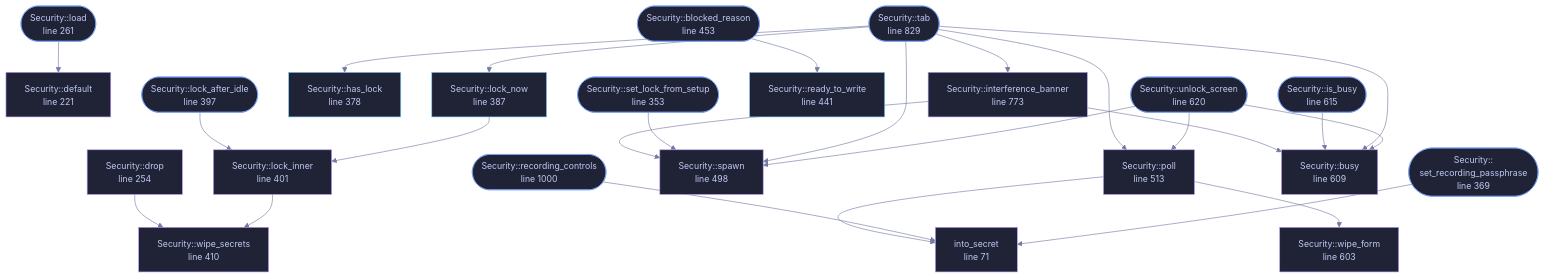
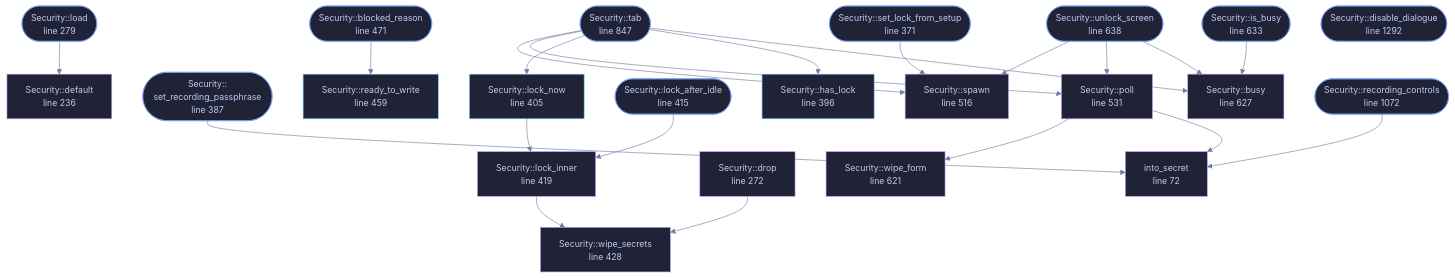
The diagram in wiki/File-veilvoice-gui-security.md (tilas01/veilvoice), drawn with Mermaid before and after one commit. The commit also changed other lines of this file and 98 other files, not shown here.

````diff
--- a/wiki/File-veilvoice-gui-security.md
+++ b/wiki/File-veilvoice-gui-security.md
@@ -127,77 +132,74 @@
 ```mermaid
 %%{init: {"theme":"base","themeVariables":{"background":"#1a1b26","primaryColor":"#1f2335","primaryTextColor":"#c0caf5","primaryBorderColor":"#7aa2f7","secondaryColor":"#16161e","tertiaryColor":"#16161e","lineColor":"#737aa2","textColor":"#c0caf5","mainBkg":"#1f2335","nodeBorder":"#7aa2f7","clusterBkg":"#16161e","clusterBorder":"#2f3549","fontFamily":"ui-monospace, SFMono-Regular, Consolas, monospace","fontSize":"14px"}}}%%
 flowchart TD
-    n_into_secret["into_secret<br/>line 71"]
-    n_default["Security::default<br/>line 221"]
-    n_drop["Security::drop<br/>line 254"]
-    n_load(["Security::load<br/>line 261"])
-    n_set_lock_from_setup(["Security::set_lock_from_setup<br/>line 353"])
-    n_set_recording_passphrase(["Security::<br/>set_recording_passphrase<br/>line 369"])
-    n_has_lock["Security::has_lock<br/>line 378"]
-    n_lock_now["Security::lock_now<br/>line 387"]
-    n_lock_after_idle(["Security::lock_after_idle<br/>line 397"])
-    n_lock_inner["Security::lock_inner<br/>line 401"]
-    n_wipe_secrets["Security::wipe_secrets<br/>line 410"]
-    n_ready_to_write["Security::ready_to_write<br/>line 441"]
-    n_blocked_reason(["Security::blocked_reason<br/>line 453"])
-    n_spawn["Security::spawn<br/>line 498"]
-    n_poll["Security::poll<br/>line 513"]
-    n_wipe_form["Security::wipe_form<br/>line 603"]
-    n_busy["Security::busy<br/>line 609"]
-    n_is_busy(["Security::is_busy<br/>line 615"])
-    n_unlock_screen(["Security::unlock_screen<br/>line 620"])
-    n_interference_banner["Security::interference_banner<br/>line 773"]
-    n_tab(["Security::tab<br/>line 829"])
-    n_recording_controls(["Security::recording_controls<br/>line 1000"])
+    n_into_secret["into_secret<br/>line 72"]
+    n_default["Security::default<br/>line 236"]
+    n_drop["Security::drop<br/>line 272"]
+    n_load(["Security::load<br/>line 279"])
+    n_set_lock_from_setup(["Security::set_lock_from_setup<br/>line 371"])
+    n_set_recording_passphrase(["Security::<br/>set_recording_passphrase<br/>line 387"])
+    n_has_lock["Security::has_lock<br/>line 396"]
+    n_lock_now["Security::lock_now<br/>line 405"]
+    n_lock_after_idle(["Security::lock_after_idle<br/>line 415"])
+    n_lock_inner["Security::lock_inner<br/>line 419"]
+    n_wipe_secrets["Security::wipe_secrets<br/>line 428"]
+    n_ready_to_write["Security::ready_to_write<br/>line 459"]
+    n_blocked_reason(["Security::blocked_reason<br/>line 471"])
+    n_spawn["Security::spawn<br/>line 516"]
+    n_poll["Security::poll<br/>line 531"]
+    n_wipe_form["Security::wipe_form<br/>line 621"]
+    n_busy["Security::busy<br/>line 627"]
+    n_is_busy(["Security::is_busy<br/>line 633"])
+    n_unlock_screen(["Security::unlock_screen<br/>line 638"])
+    n_tab(["Security::tab<br/>line 847"])
+    n_recording_controls(["Security::recording_controls<br/>line 1072"])
+    n_disable_dialogue(["Security::disable_dialogue<br/>line 1292"])
     n_blocked_reason --> n_ready_to_write
     n_drop --> n_wipe_secrets
-    n_interference_banner --> n_busy
-    n_interference_banner --> n_spawn
     n_is_busy --> n_busy
     n_load --> n_default
     n_lock_after_idle --> n_lock_inner
     n_lock_inner --> n_wipe_secrets
     n_lock_now --> n_lock_inner
     n_poll --> n_into_secret
     n_poll --> n_wipe_form
     n_recording_controls --> n_into_secret
     n_set_lock_from_setup --> n_spawn
     n_set_recording_passphrase --> n_into_secret
     n_tab --> n_busy
     n_tab --> n_has_lock
-    n_tab --> n_interference_banner
     n_tab --> n_lock_now
     n_tab --> n_poll
     n_tab --> n_spawn
     n_unlock_screen --> n_busy
     n_unlock_screen --> n_poll
     n_unlock_screen --> n_spawn
-    click n_into_secret href "https://github.com/tilas01/veilvoice/blob/main/crates/veilvoice-gui/src/security.rs#L71" "open the source"
-    click n_default href "https://github.com/tilas01/veilvoice/blob/main/crates/veilvoice-gui/src/security.rs#L221" "open the source"
-    click n_drop href "https://github.com/tilas01/veilvoice/blob/main/crates/veilvoice-gui/src/security.rs#L254" "open the source"
-    click n_load href "https://github.com/tilas01/veilvoice/blob/main/crates/veilvoice-gui/src/security.rs#L261" "open the source"
-    click n_set_lock_from_setup href "https://github.com/tilas01/veilvoice/blob/main/crates/veilvoice-gui/src/security.rs#L353" "open the source"
-    click n_set_recording_passphrase href "https://github.com/tilas01/veilvoice/blob/main/crates/veilvoice-gui/src/security.rs#L369" "open the source"
-    click n_has_lock href "https://github.com/tilas01/veilvoice/blob/main/crates/veilvoice-gui/src/security.rs#L378" "open the source"
-    click n_lock_now href "https://github.com/tilas01/veilvoice/blob/main/crates/veilvoice-gui/src/security.rs#L387" "open the source"
-    click n_lock_after_idle href "https://github.com/tilas01/veilvoice/blob/main/crates/veilvoice-gui/src/security.rs#L397" "open the source"
-    click n_lock_inner href "https://github.com/tilas01/veilvoice/blob/main/crates/veilvoice-gui/src/security.rs#L401" "open the source"
-    click n_wipe_secrets href "https://github.com/tilas01/veilvoice/blob/main/crates/veilvoice-gui/src/security.rs#L410" "open the source"
-    click n_ready_to_write href "https://github.com/tilas01/veilvoice/blob/main/crates/veilvoice-gui/src/security.rs#L441" "open the source"
-    click n_blocked_reason href "https://github.com/tilas01/veilvoice/blob/main/crates/veilvoice-gui/src/security.rs#L453" "open the source"
-    click n_spawn href "https://github.com/tilas01/veilvoice/blob/main/crates/veilvoice-gui/src/security.rs#L498" "open the source"
-    click n_poll href "https://github.com/tilas01/veilvoice/blob/main/crates/veilvoice-gui/src/security.rs#L513" "open the source"
-    click n_wipe_form href "https://github.com/tilas01/veilvoice/blob/main/crates/veilvoice-gui/src/security.rs#L603" "open the source"
-    click n_busy href "https://github.com/tilas01/veilvoice/blob/main/crates/veilvoice-gui/src/security.rs#L609" "open the source"
-    click n_is_busy href "https://github.com/tilas01/veilvoice/blob/main/crates/veilvoice-gui/src/security.rs#L615" "open the source"
-    click n_unlock_screen href "https://github.com/tilas01/veilvoice/blob/main/crates/veilvoice-gui/src/security.rs#L620" "open the source"
-    click n_interference_banner href "https://github.com/tilas01/veilvoice/blob/main/crates/veilvoice-gui/src/security.rs#L773" "open the source"
-    click n_tab href "https://github.com/tilas01/veilvoice/blob/main/crates/veilvoice-gui/src/security.rs#L829" "open the source"
-    click n_recording_controls href "https://github.com/tilas01/veilvoice/blob/main/crates/veilvoice-gui/src/security.rs#L1000" "open the source"
+    click n_into_secret href "https://github.com/tilas01/veilvoice/blob/main/crates/veilvoice-gui/src/security.rs#L72" "open the source"
+    click n_default href "https://github.com/tilas01/veilvoice/blob/main/crates/veilvoice-gui/src/security.rs#L236" "open the source"
+    click n_drop href "https://github.com/tilas01/veilvoice/blob/main/crates/veilvoice-gui/src/security.rs#L272" "open the source"
+    click n_load href "https://github.com/tilas01/veilvoice/blob/main/crates/veilvoice-gui/src/security.rs#L279" "open the source"
+    click n_set_lock_from_setup href "https://github.com/tilas01/veilvoice/blob/main/crates/veilvoice-gui/src/security.rs#L371" "open the source"
+    click n_set_recording_passphrase href "https://github.com/tilas01/veilvoice/blob/main/crates/veilvoice-gui/src/security.rs#L387" "open the source"
+    click n_has_lock href "https://github.com/tilas01/veilvoice/blob/main/crates/veilvoice-gui/src/security.rs#L396" "open the source"
+    click n_lock_now href "https://github.com/tilas01/veilvoice/blob/main/crates/veilvoice-gui/src/security.rs#L405" "open the source"
+    click n_lock_after_idle href "https://github.com/tilas01/veilvoice/blob/main/crates/veilvoice-gui/src/security.rs#L415" "open the source"
+    click n_lock_inner href "https://github.com/tilas01/veilvoice/blob/main/crates/veilvoice-gui/src/security.rs#L419" "open the source"
+    click n_wipe_secrets href "https://github.com/tilas01/veilvoice/blob/main/crates/veilvoice-gui/src/security.rs#L428" "open the source"
+    click n_ready_to_write href "https://github.com/tilas01/veilvoice/blob/main/crates/veilvoice-gui/src/security.rs#L459" "open the source"
+    click n_blocked_reason href "https://github.com/tilas01/veilvoice/blob/main/crates/veilvoice-gui/src/security.rs#L471" "open the source"
+    click n_spawn href "https://github.com/tilas01/veilvoice/blob/main/crates/veilvoice-gui/src/security.rs#L516" "open the source"
+    click n_poll href "https://github.com/tilas01/veilvoice/blob/main/crates/veilvoice-gui/src/security.rs#L531" "open the source"
+    click n_wipe_form href "https://github.com/tilas01/veilvoice/blob/main/crates/veilvoice-gui/src/security.rs#L621" "open the source"
+    click n_busy href "https://github.com/tilas01/veilvoice/blob/main/crates/veilvoice-gui/src/security.rs#L627" "open the source"
+    click n_is_busy href "https://github.com/tilas01/veilvoice/blob/main/crates/veilvoice-gui/src/security.rs#L633" "open the source"
+    click n_unlock_screen href "https://github.com/tilas01/veilvoice/blob/main/crates/veilvoice-gui/src/security.rs#L638" "open the source"
+    click n_tab href "https://github.com/tilas01/veilvoice/blob/main/crates/veilvoice-gui/src/security.rs#L847" "open the source"
+    click n_recording_controls href "https://github.com/tilas01/veilvoice/blob/main/crates/veilvoice-gui/src/security.rs#L1072" "open the source"
+    click n_disable_dialogue href "https://github.com/tilas01/veilvoice/blob/main/crates/veilvoice-gui/src/security.rs#L1292" "open the source"
     classDef entry fill:#1f2335,stroke:#7aa2f7,color:#c0caf5
-    class n_load,n_set_lock_from_setup,n_set_recording_passphrase,n_lock_after_idle,n_blocked_reason,n_is_busy,n_unlock_screen,n_tab,n_recording_controls entry
+    class n_load,n_set_lock_from_setup,n_set_recording_passphrase,n_lock_after_idle,n_blocked_reason,n_is_busy,n_unlock_screen,n_tab,n_recording_controls,n_disable_dialogue entry
     classDef api fill:#1f2335,stroke:#7dcfff,color:#c0caf5
     class n_has_lock,n_lock_now,n_ready_to_write api
     classDef helper fill:#1f2335,stroke:#bb9af7,color:#c0caf5
-    class n_into_secret,n_default,n_drop,n_lock_inner,n_wipe_secrets,n_spawn,n_poll,n_wipe_form,n_busy,n_interference_banner helper
+    class n_into_secret,n_default,n_drop,n_lock_inner,n_wipe_secrets,n_spawn,n_poll,n_wipe_form,n_busy helper
 ```
````
